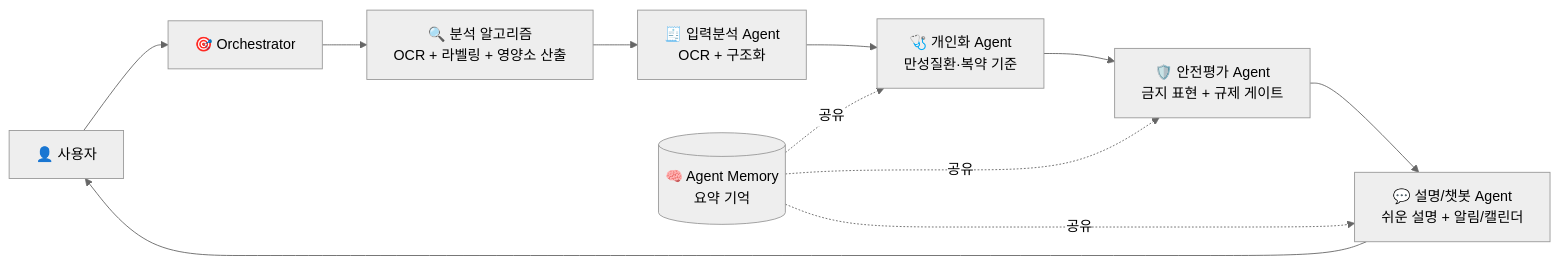
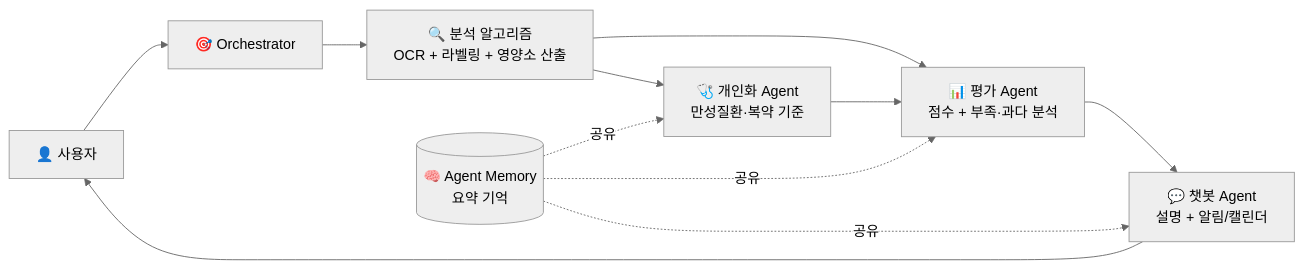
One commit to Lemon-Aid-KDT/Lemon-sin changed the first of 12 diagrams in PROJECT_GUIDE.md. Above: the diagram before and after it, drawn with Mermaid (neutral theme). The commit also changed other lines of this file and 1 other file, not shown here.

````diff
--- a/PROJECT_GUIDE.md
+++ b/PROJECT_GUIDE.md
@@ -181,13 +181,13 @@
 ```mermaid
 flowchart LR
     U[👤 사용자] --> O[🎯 Orchestrator]
     O --> P[🔍 분석 알고리즘<br/>OCR + 라벨링 + 영양소 산출]
-    P --> A1[🧾 입력분석 Agent<br/>OCR + 구조화]
-    A1 --> A2[🩺 개인화 Agent<br/>만성질환·복약 기준]
-    A2 --> A3[🛡️ 안전평가 Agent<br/>금지 표현 + 규제 게이트]
-    A3 --> A4[💬 설명/챗봇 Agent<br/>쉬운 설명 + 알림/캘린더]
-    A4 --> U
-    M[(🧠 Agent Memory<br/>요약 기억)] -.공유.-> A2
+    P --> A1[🩺 개인화 Agent<br/>만성질환·복약 기준]
+    P --> A2[📊 평가 Agent<br/>점수 + 부족·과다 분석]
+    A1 --> A2
+    A2 --> A3[💬 챗봇 Agent<br/>설명 + 알림/캘린더]
+    A3 --> U
+    M[(🧠 Agent Memory<br/>요약 기억)] -.공유.-> A1
+    M -.공유.-> A2
     M -.공유.-> A3
-    M -.공유.-> A4
 ```
````
